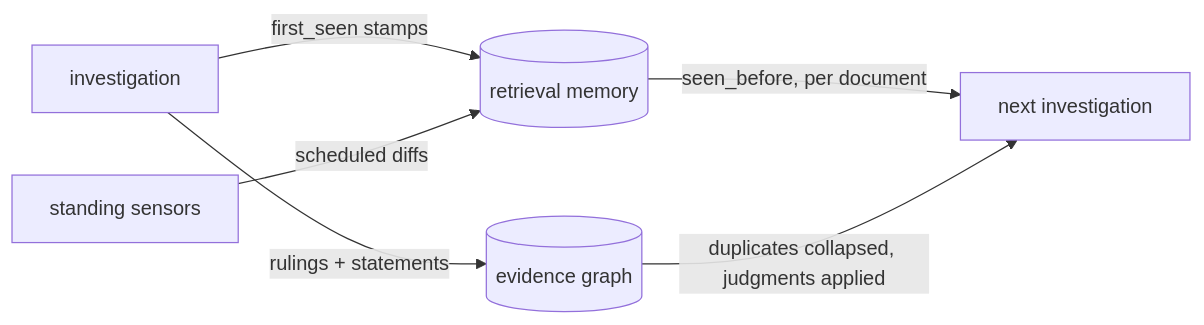
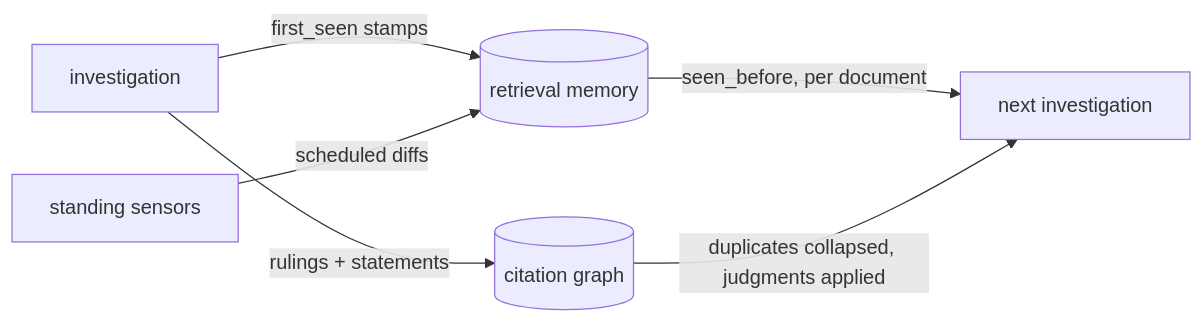
Before and after one commit to Battam1111/omniseek: the diagram in docs/case-study.md, drawn with Mermaid. The commit also changed other lines of this file and 14 other files, not shown here.

````diff
--- a/docs/case-study.md
+++ b/docs/case-study.md
@@ -151,8 +151,8 @@
 ```mermaid
 flowchart LR
     A[investigation] -->|first_seen stamps| M[(retrieval memory)]
-    A -->|rulings + statements| G[(evidence graph)]
+    A -->|rulings + statements| G[(citation graph)]
     W[standing sensors] -->|scheduled diffs| M
     M -->|seen_before, per document| B[next investigation]
     G -->|duplicates collapsed, judgments applied| B
 ```
````
